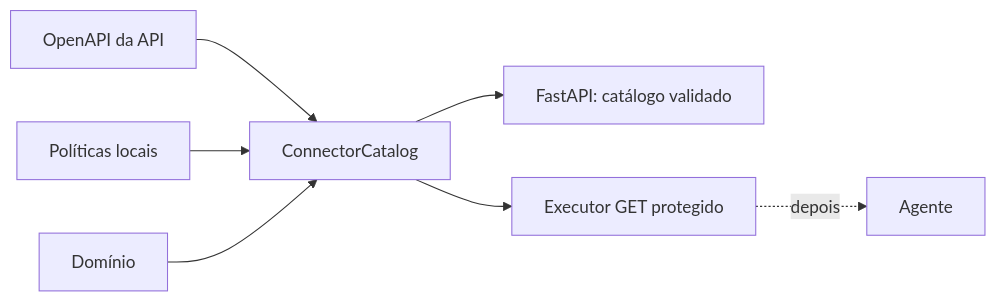
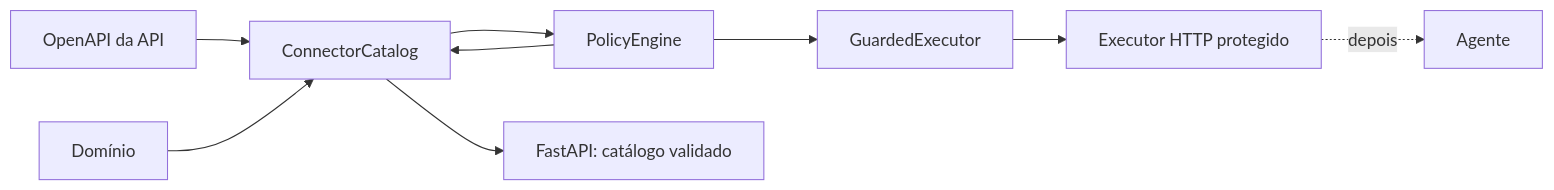
The diagram in README.md (ChristianGandra21/indusguard), drawn with Mermaid before and after one commit. The commit also changed other lines of this file and 16 other files, not shown here.

Commit message:
feat: add deterministic policy engine

````diff
--- a/README.md
+++ b/README.md
@@ -47,9 +48,11 @@
 ```mermaid
 flowchart LR
     U[OpenAPI da API] --> C[ConnectorCatalog]
     P[Políticas locais] --> C
     D[Domínio] --> C
     C --> F[FastAPI: catálogo validado]
-    C --> E[Executor GET protegido]
+    C --> P[PolicyEngine]
+    P --> G[GuardedExecutor]
+    G --> E[Executor HTTP protegido]
     E -. depois .-> A[Agente]
 ```
````
